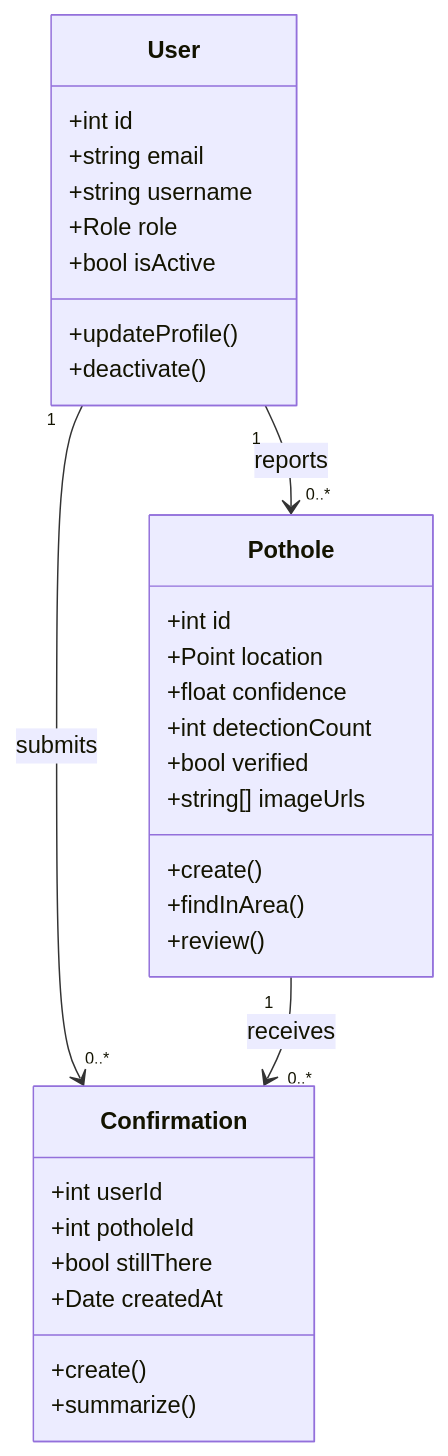
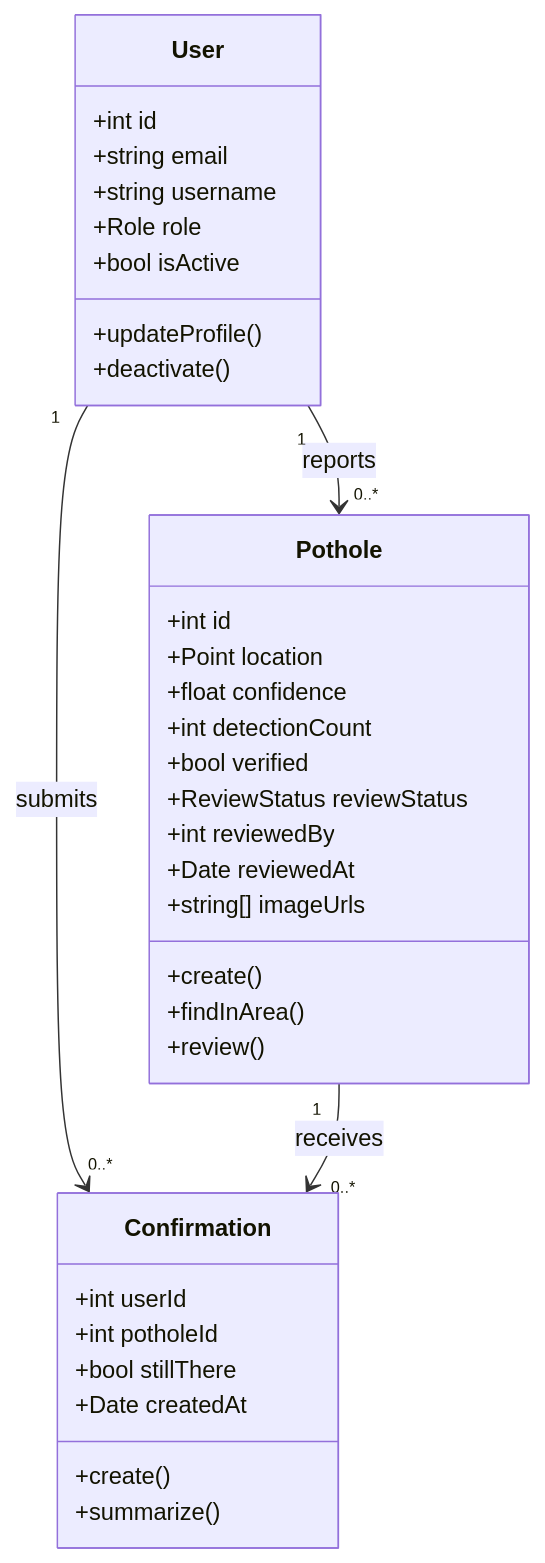
One commit to QuangMinhNguyen27405/CEN4090L-open-pothole-tracker changed the second of 7 diagrams in RD_REPORT.md. Above: the diagram before and after it, drawn with Mermaid. The commit also changed other lines of this file and 1 other file, not shown here.

````diff
--- a/RD_REPORT.md
+++ b/RD_REPORT.md
@@ -87,34 +87,37 @@
 ```mermaid
 classDiagram
   class User {
     +int id
     +string email
     +string username
     +Role role
     +bool isActive
     +updateProfile()
     +deactivate()
   }
   class Pothole {
     +int id
     +Point location
     +float confidence
     +int detectionCount
     +bool verified
+    +ReviewStatus reviewStatus
+    +int reviewedBy
+    +Date reviewedAt
     +string[] imageUrls
     +create()
     +findInArea()
     +review()
   }
   class Confirmation {
     +int userId
     +int potholeId
     +bool stillThere
     +Date createdAt
     +create()
     +summarize()
   }
   User "1" --> "0..*" Pothole : reports
   User "1" --> "0..*" Confirmation : submits
   Pothole "1" --> "0..*" Confirmation : receives
 ```
````
